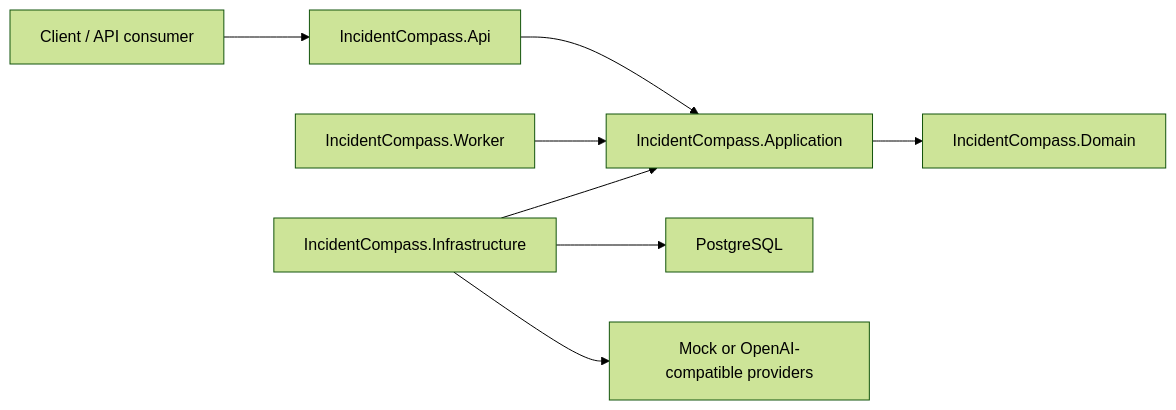
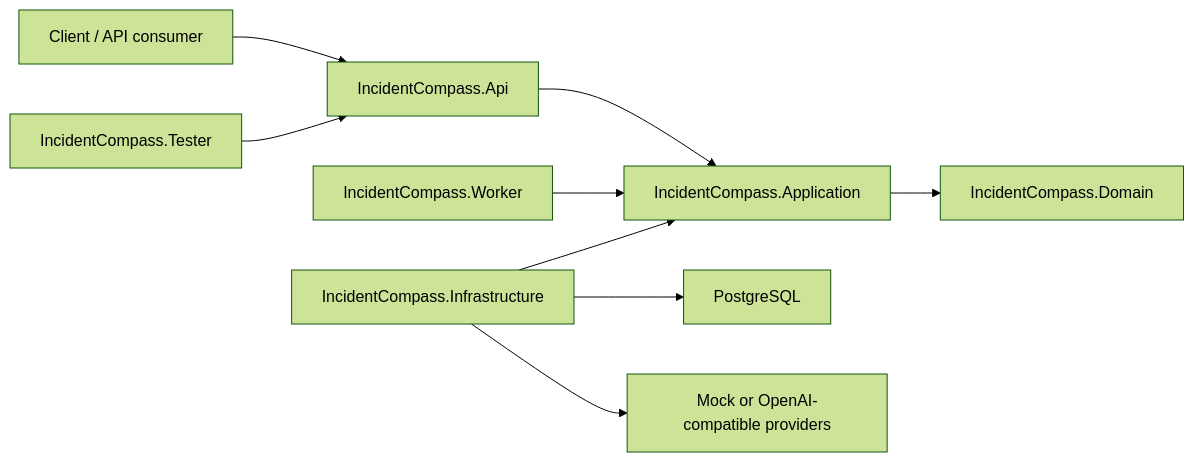
Before and after one commit to MelfusX/IncidentCompass: the diagram in README.md, drawn with Mermaid (forest theme). The commit also changed other lines of this file and 6 other files, not shown here.

````diff
--- a/README.md
+++ b/README.md
@@ -40,10 +45,11 @@
-```mermaid
+~~~mermaid
 flowchart LR
     Client["Client / API consumer"] --> Api["IncidentCompass.Api"]
+    Tester["IncidentCompass.Tester"] --> Api
     Api --> App["IncidentCompass.Application"]
     Worker["IncidentCompass.Worker"] --> App
     App --> Domain["IncidentCompass.Domain"]
     Infrastructure["IncidentCompass.Infrastructure"] --> App
     Infrastructure --> Postgres["PostgreSQL"]
     Infrastructure --> Providers["Mock or OpenAI-compatible providers"]
-```
+~~~
````
